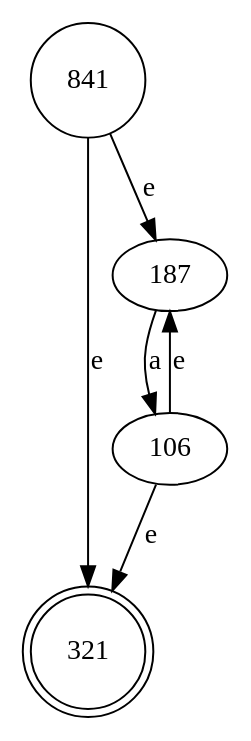
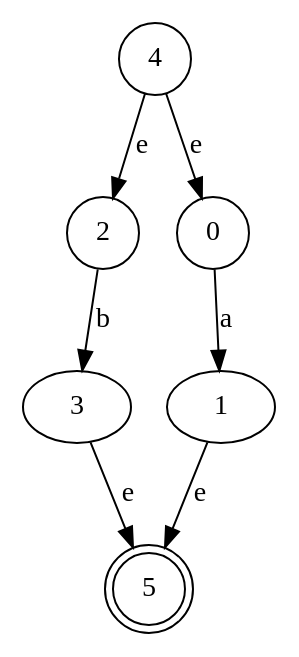
The diagram in test-output/automata1.gv (bryannalfaro/Dise-odeLenguajes), drawn with Graphviz before and after one commit. The commit also changed 6 other files, not shown here.

```diff
--- a/test-output/automata1.gv
+++ b/test-output/automata1.gv
@@ -1,9 +1,12 @@
 digraph automata1 {
-	841 [label=841 shape=circle]
-	321 [label=321 shape=doublecircle]
-	841 -> 187 [label=e]
-	841 -> 321 [label=e]
-	187 -> 106 [label=a]
-	106 -> 321 [label=e]
-	106 -> 187 [label=e]
+	4 [label=4 shape=circle]
+	5 [label=5 shape=doublecircle]
+	2 [label=2 shape=circle]
+	0 [label=0 shape=circle]
+	4 -> 2 [label=e]
+	4 -> 0 [label=e]
+	2 -> 3 [label=b]
+	3 -> 5 [label=e]
+	0 -> 1 [label=a]
+	1 -> 5 [label=e]
 }
```
